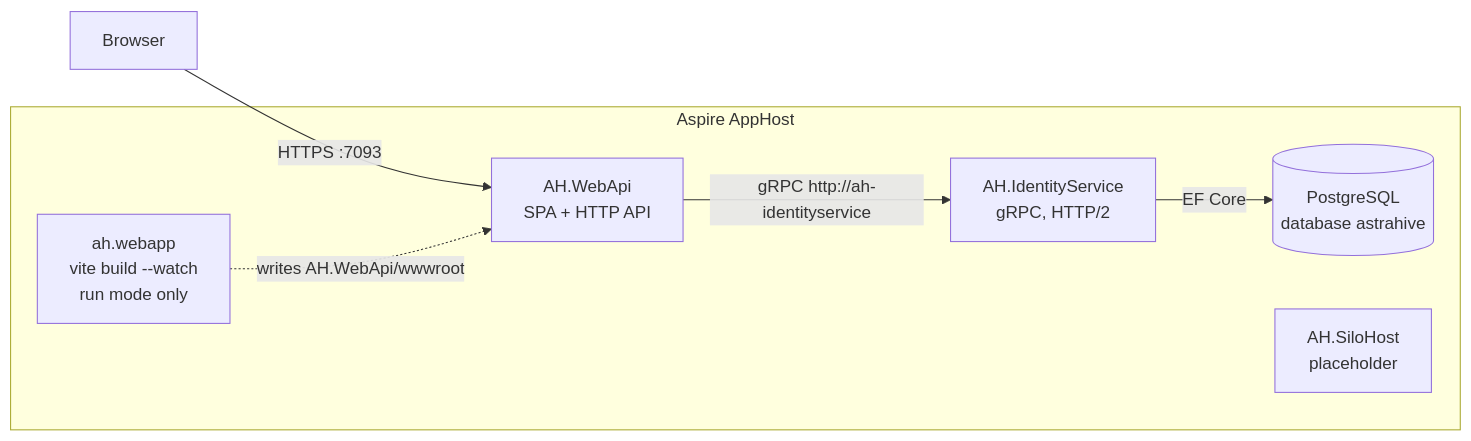
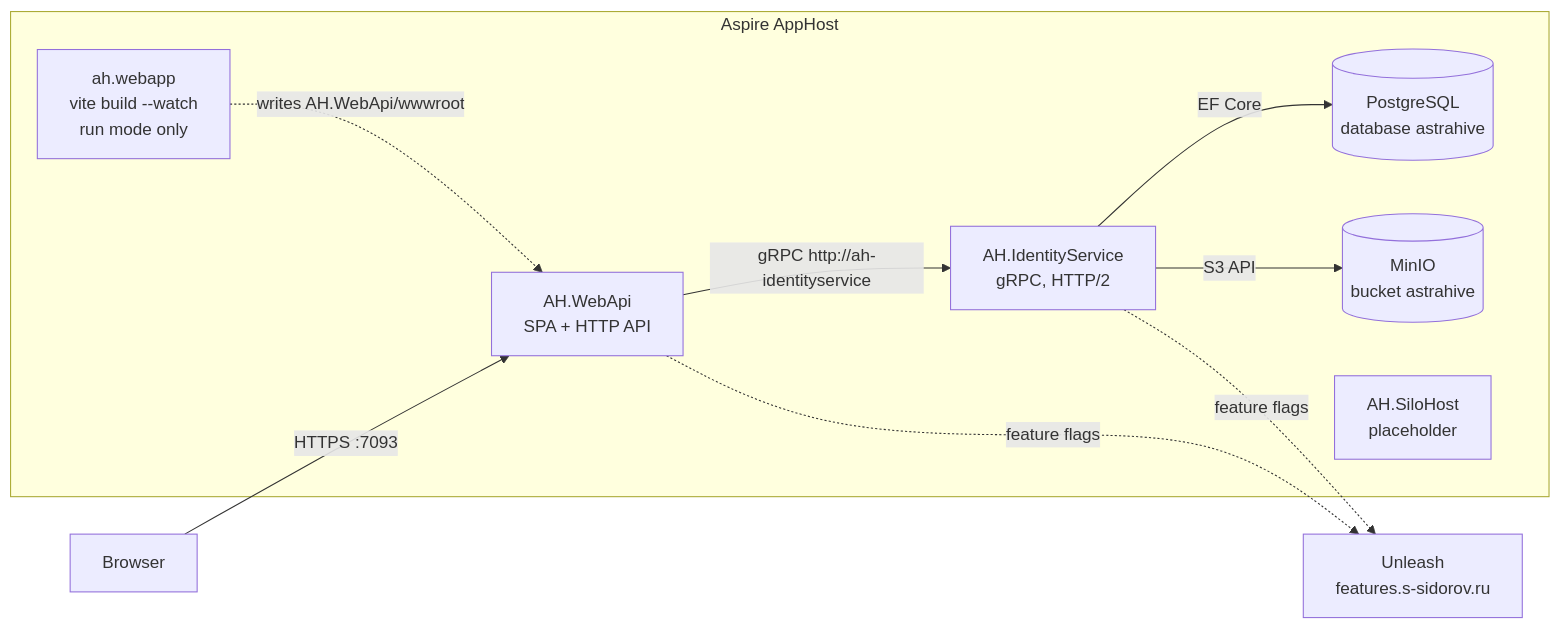
The first of 8 diagrams in architecture.md (TopTuK/AstraHive), drawn with Mermaid before and after one commit. The commit also changed other lines of this file and 136 other files, not shown here.

Commit message:
Update architecture

````diff
--- a/architecture.md
+++ b/architecture.md
@@ -11,17 +11,22 @@
 ```mermaid
 flowchart LR
   browser["Browser"]
 
   subgraph host ["Aspire AppHost"]
     webapp["ah.webapp<br/>vite build --watch<br/>run mode only"]
     webapi["AH.WebApi<br/>SPA + HTTP API"]
     identity["AH.IdentityService<br/>gRPC, HTTP/2"]
     postgres[("PostgreSQL<br/>database astrahive")]
+    minio[("MinIO<br/>bucket astrahive")]
     silo["AH.SiloHost<br/>placeholder"]
   end
+  unleash["Unleash<br/>features.s-sidorov.ru"]
 
   browser -->|"HTTPS :7093"| webapi
   webapp -.->|"writes AH.WebApi/wwwroot"| webapi
   webapi -->|"gRPC http://ah-identityservice"| identity
   identity -->|"EF Core"| postgres
+  identity -->|"S3 API"| minio
+  webapi -.->|"feature flags"| unleash
+  identity -.->|"feature flags"| unleash
 ```
````
